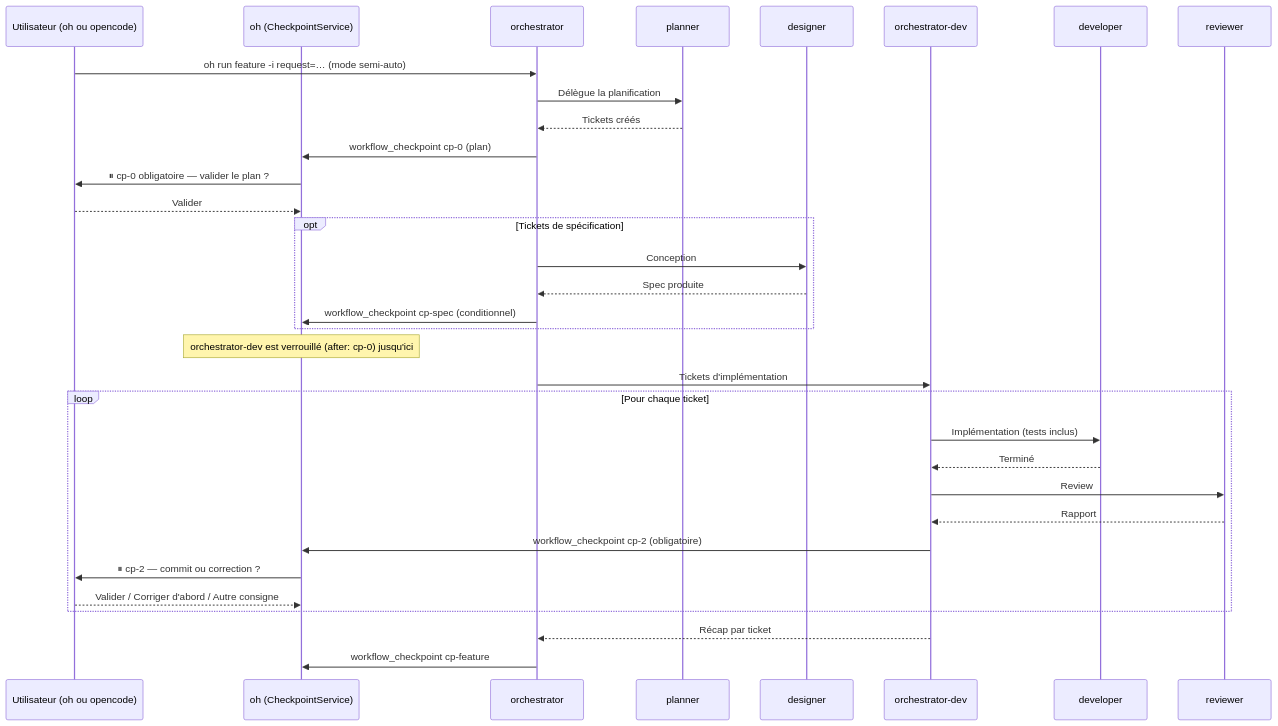
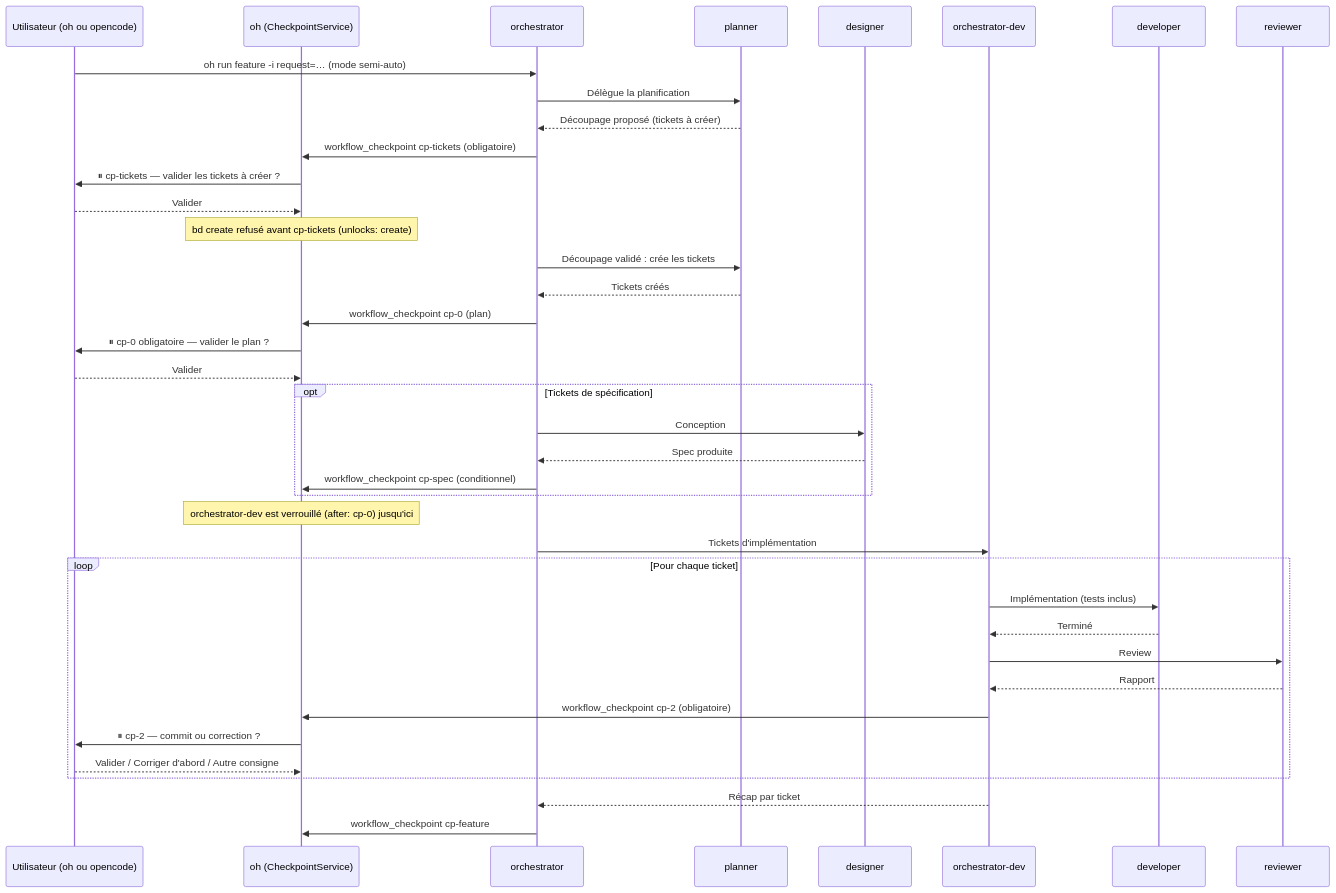
The diagram in docs/architecture/overview.fr.md (datichb/openhub), drawn with Mermaid before and after one commit. The commit also changed other lines of this file and 28 other files, not shown here.

````diff
--- a/docs/architecture/overview.fr.md
+++ b/docs/architecture/overview.fr.md
@@ -129,36 +129,42 @@
 ```mermaid
 sequenceDiagram
     participant U as Utilisateur (oh ou opencode)
     participant OH as oh (CheckpointService)
     participant O as orchestrator
     participant PL as planner
     participant DS as designer
     participant OD as orchestrator-dev
     participant DEV as developer
     participant R as reviewer
 
     U->>O: oh run feature -i request=… (mode semi-auto)
     O->>PL: Délègue la planification
+    PL-->>O: Découpage proposé (tickets à créer)
+    O->>OH: workflow_checkpoint cp-tickets (obligatoire)
+    OH->>U: ⏸ cp-tickets — valider les tickets à créer ?
+    U-->>OH: Valider
+    Note over OH: bd create refusé avant cp-tickets (unlocks: create)
+    O->>PL: Découpage validé : crée les tickets
     PL-->>O: Tickets créés
     O->>OH: workflow_checkpoint cp-0 (plan)
     OH->>U: ⏸ cp-0 obligatoire — valider le plan ?
     U-->>OH: Valider
     opt Tickets de spécification
         O->>DS: Conception
         DS-->>O: Spec produite
         O->>OH: workflow_checkpoint cp-spec (conditionnel)
     end
     Note over OH: orchestrator-dev est verrouillé (after: cp-0) jusqu'ici
     O->>OD: Tickets d'implémentation
     loop Pour chaque ticket
         OD->>DEV: Implémentation (tests inclus)
         DEV-->>OD: Terminé
         OD->>R: Review
         R-->>OD: Rapport
         OD->>OH: workflow_checkpoint cp-2 (obligatoire)
         OH->>U: ⏸ cp-2 — commit ou correction ?
         U-->>OH: Valider / Corriger d'abord / Autre consigne
     end
     OD-->>O: Récap par ticket
     O->>OH: workflow_checkpoint cp-feature
 ```
````
